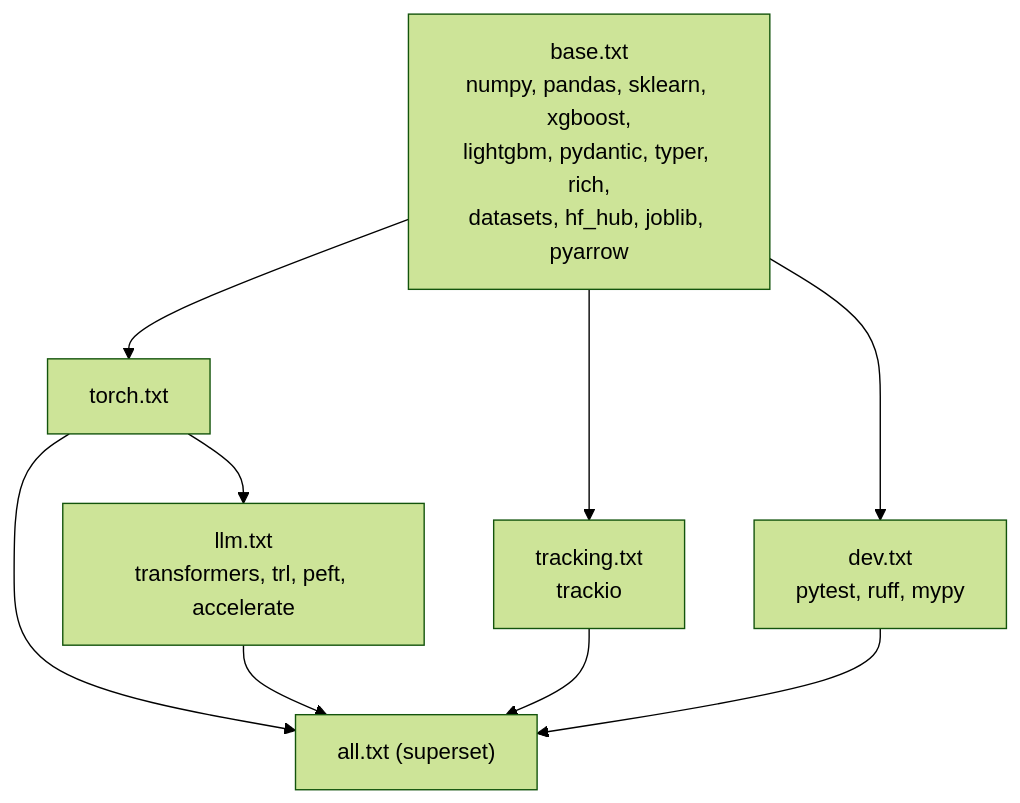
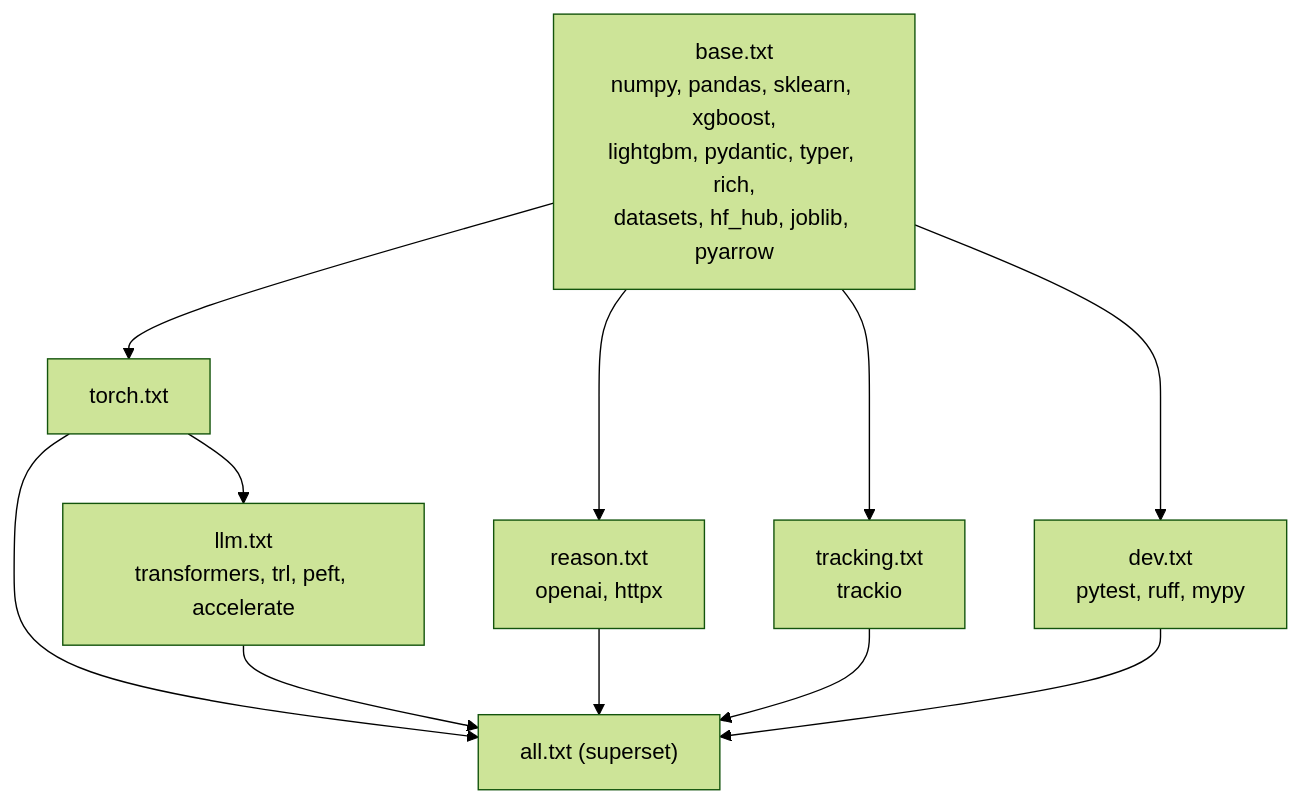
Before and after one commit to Exios66/Agent_Officespace: the diagram in requirements/README.md, drawn with Mermaid (forest theme). The commit also changed other lines of this file and 23 other files, not shown here.

````diff
--- a/requirements/README.md
+++ b/requirements/README.md
@@ -22,17 +22,20 @@
 ```mermaid
 flowchart TD
   base["base.txt<br/>numpy, pandas, sklearn, xgboost,<br/>lightgbm, pydantic, typer, rich,<br/>datasets, hf_hub, joblib, pyarrow"]
   torch["torch.txt"]
   llm["llm.txt<br/>transformers, trl, peft, accelerate"]
+  reason["reason.txt<br/>openai, httpx"]
   tracking["tracking.txt<br/>trackio"]
   dev["dev.txt<br/>pytest, ruff, mypy"]
   all["all.txt (superset)"]
   base --> torch
   torch --> llm
+  base --> reason
   base --> tracking
   base --> dev
   torch --> all
   llm --> all
+  reason --> all
   tracking --> all
   dev --> all
 ```
````
